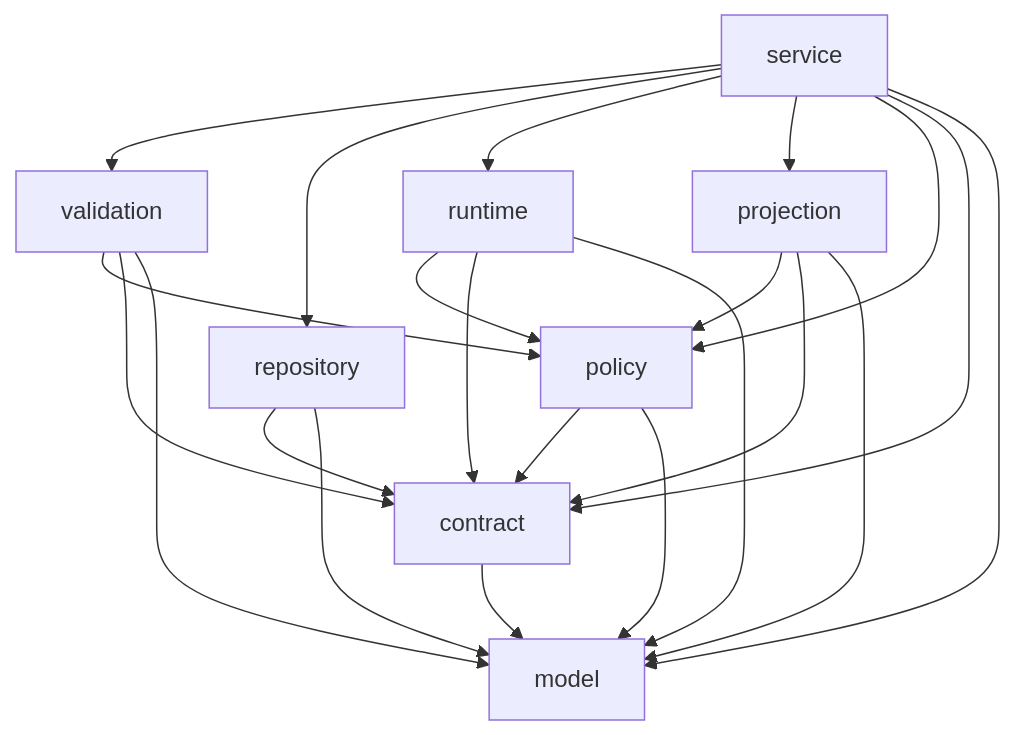
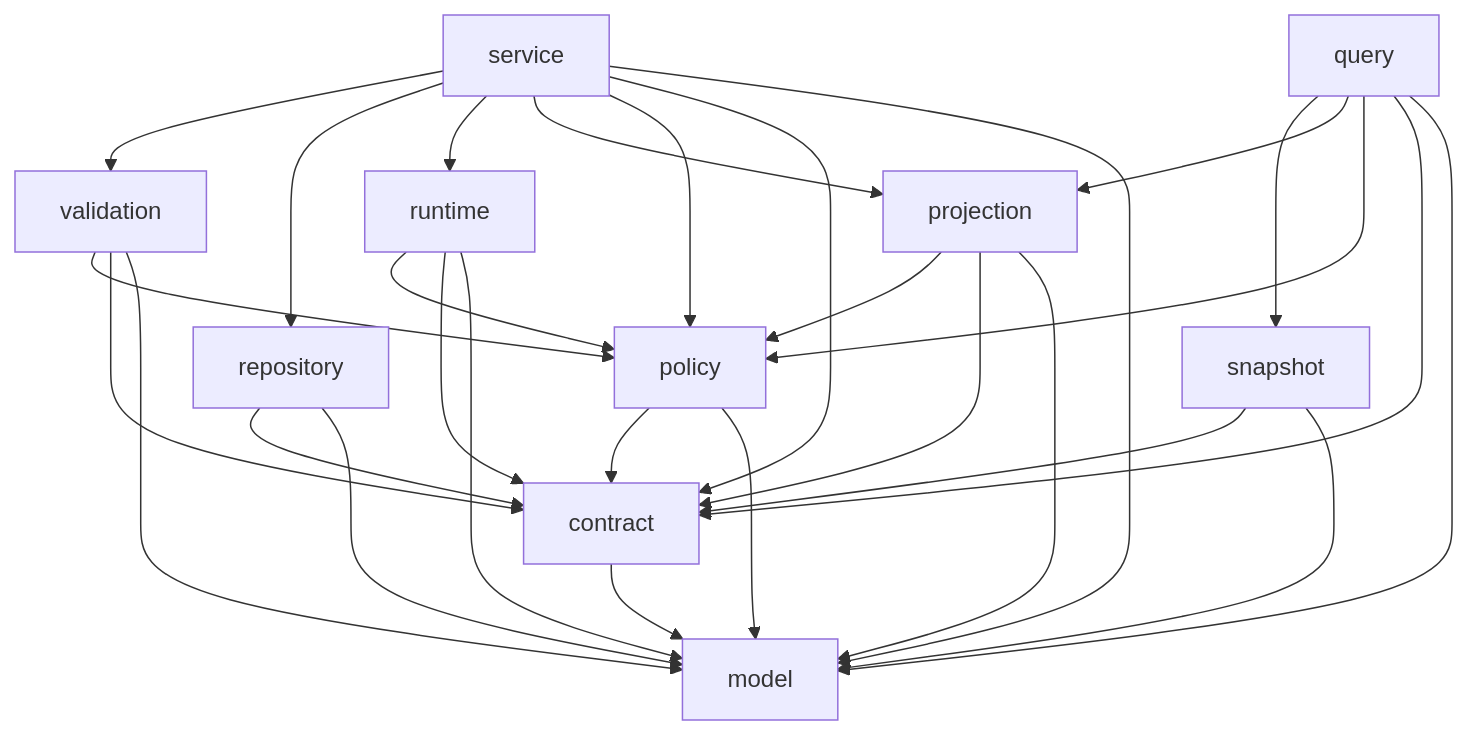
One commit to domainry/domainry-runtime changed the diagram in docs/architecture/backend-development-guide.md. Above: the diagram before and after it, drawn with Mermaid. The commit also changed other lines of this file and 126 other files, not shown here.

````diff
--- a/docs/architecture/backend-development-guide.md
+++ b/docs/architecture/backend-development-guide.md
@@ -281,24 +285,31 @@
 ```mermaid
 flowchart TD
     service["service"] --> validation["validation"]
     service --> repository["repository"]
     service --> runtime["runtime"]
     service --> projection["projection"]
     service --> policy["policy"]
     service --> contract["contract"]
     service --> model["model"]
+    query["query"] --> snapshot["snapshot"]
+    query --> projection
+    query --> policy
+    query --> contract
+    query --> model
+    snapshot --> contract
+    snapshot --> model
     validation --> policy
     validation --> contract
     validation --> model
     repository --> contract
     repository --> model
     runtime --> policy
     runtime --> contract
     runtime --> model
     projection --> policy
     projection --> contract
     projection --> model
     policy --> contract
     policy --> model
     contract --> model
 ```
````
